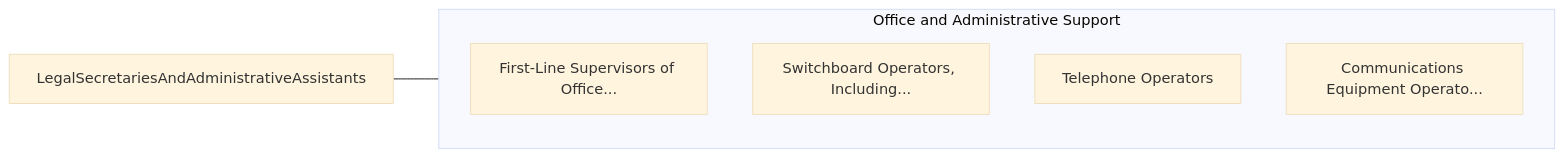
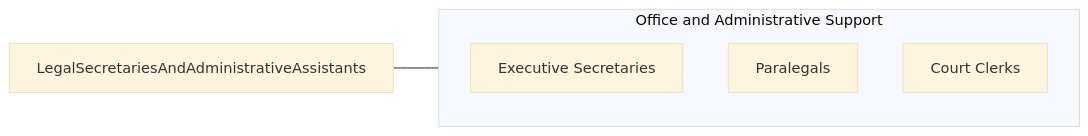
Before and after one commit to kziemski/business.org.ai: the third of 3 diagrams in occupations/Administrative/LegalSecretariesAndAdministrativeAssistants.mdx, drawn with Mermaid (base theme). The commit also changed other lines of this file and 938 other files, not shown here.

````diff
--- a/occupations/Administrative/LegalSecretariesAndAdministrativeAssistants.mdx
+++ b/occupations/Administrative/LegalSecretariesAndAdministrativeAssistants.mdx
@@ -119,13 +107,10 @@
 ```mermaid
 graph LR
     Current["LegalSecretariesAndAdministrativeAssistants"]
-
     subgraph SameCategory["Office and Administrative Support"]
-        FirstLineSupervisors["First-Line Supervisors of Office..."]
-        SwitchboardOperators["Switchboard Operators, Including..."]
-        TelephoneOperators["Telephone Operators"]
-        CommunicationsEquipm["Communications Equipment Operato..."]
+        RExecutiveSecretaries["Executive Secretaries"]
+        RParalegals["Paralegals"]
+        RCourtClerks["Court Clerks"]
     end
-
     Current --- SameCategory
 ```
````
